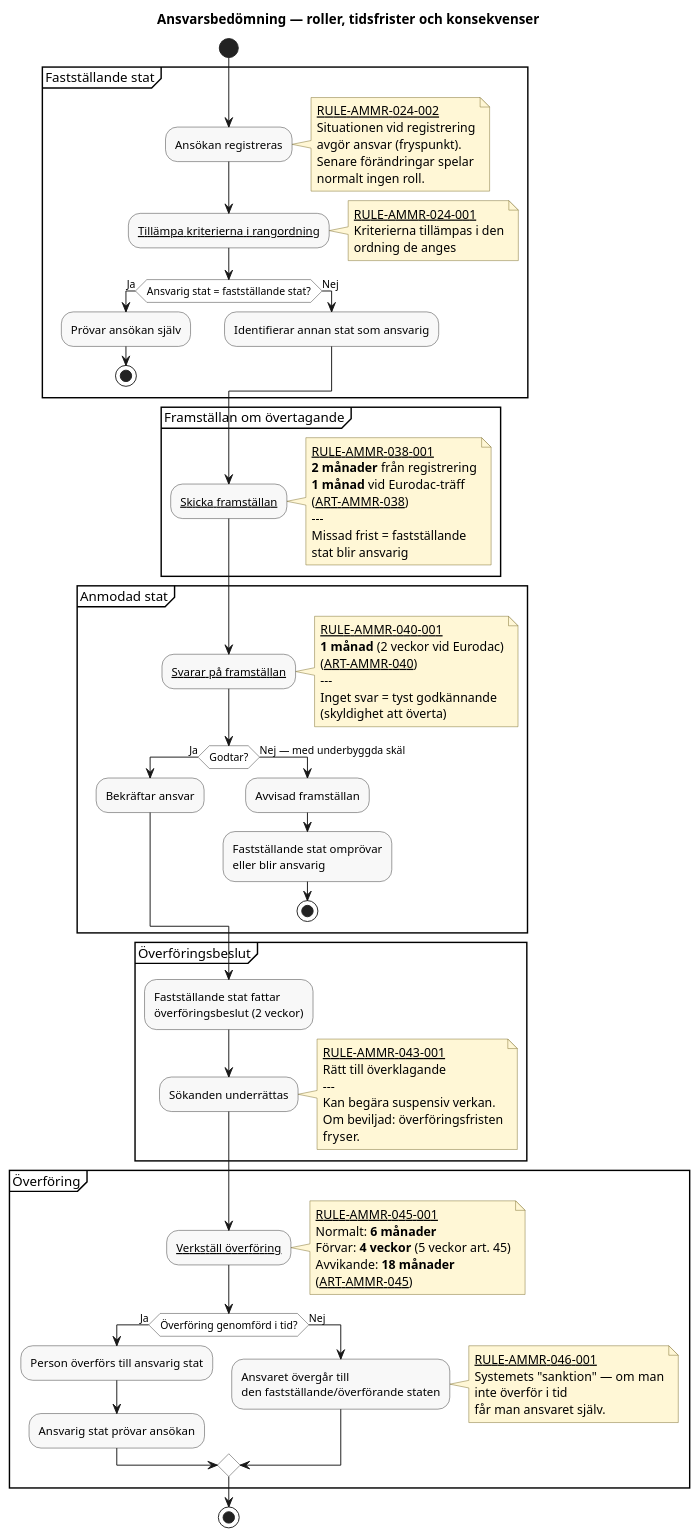
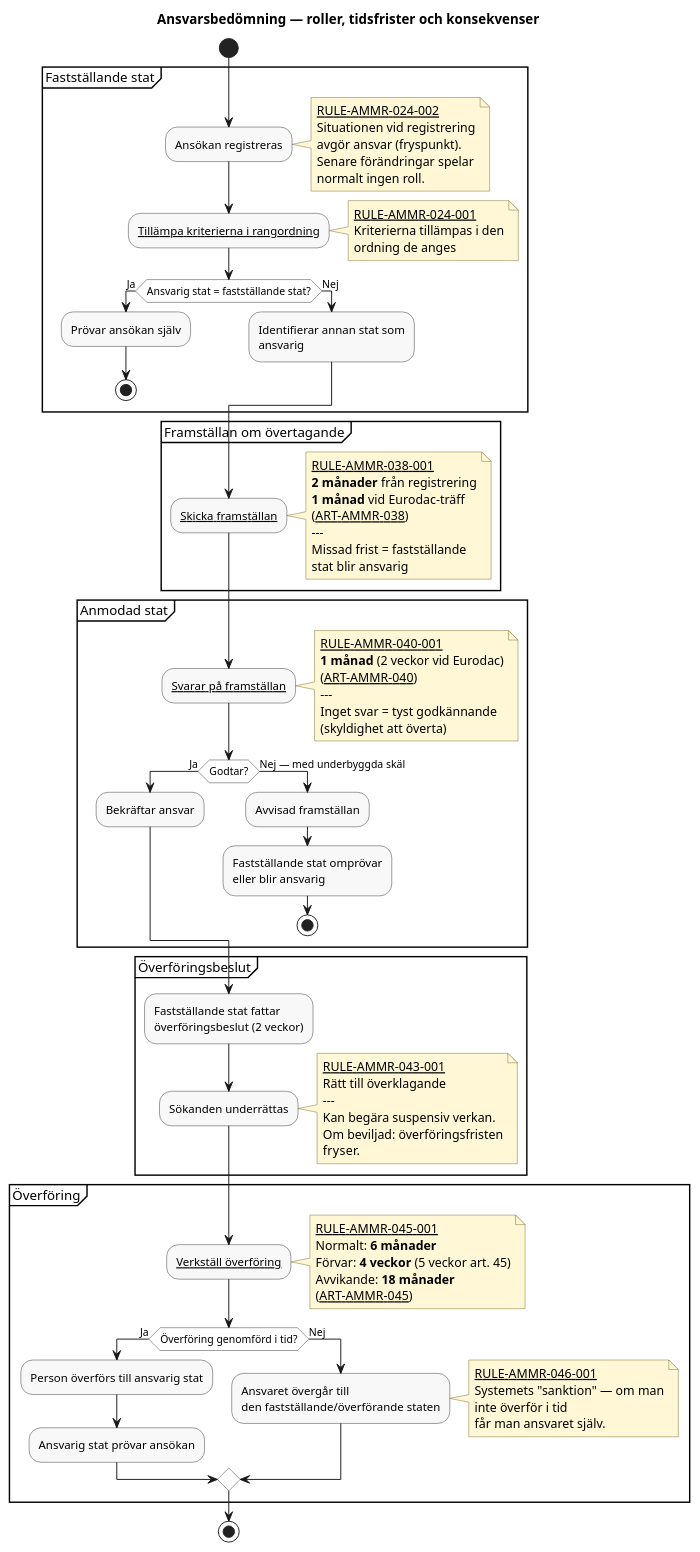
Before and after one commit to chrhe894/migration_pact: the diagram in docs/domains/responsibility/diagrams/responsibility-overview.pu, drawn with PlantUML. The commit also changed 14 other files, not shown here.

Commit message:
Less wide diagrams

```diff
--- a/docs/domains/responsibility/diagrams/responsibility-overview.pu
+++ b/docs/domains/responsibility/diagrams/responsibility-overview.pu
@@ -18,123 +18,123 @@
 @startuml responsibility-overview
 
 title Ansvarsbedömning — roller, tidsfrister och konsekvenser
 
 skinparam shadowing false
 skinparam HyperlinkColor Black
 skinparam HyperlinkUnderline true
 skinparam defaultFontName Arial
 skinparam activity {
   BackgroundColor #F8F8F8
   BorderColor #333333
   DiamondBackgroundColor #FFFFFF
   DiamondBorderColor #333333
 }
 skinparam note {
   BackgroundColor #FFF7D6
   BorderColor #7A6A2A
 }
 
 start
 
 partition "Fastställande stat" {
   :Ansökan registreras;
   note right
     [[../rules/rule-ammr-024-002.md RULE-AMMR-024-002]]
     Situationen vid registrering
     avgör ansvar (fryspunkt).
     Senare förändringar spelar
     normalt ingen roll.
   end note
 
   :[[../rules/rule-ammr-024-001.md Tillämpa kriterierna i rangordning]];
   note right
     [[../rules/rule-ammr-024-001.md RULE-AMMR-024-001]]
     Kriterierna tillämpas i den
     ordning de anges
   end note
 
   if (Ansvarig stat = fastställande stat?) then (Ja)
     :Prövar ansökan själv;
     stop
   else (Nej)
-    :Identifierar annan stat som ansvarig;
+    :Identifierar annan stat som\nansvarig;
   endif
 }
 
 partition "Framställan om övertagande" {
   :[[../rules/rule-ammr-038-001.md Skicka framställan]];
   note right
     [[../rules/rule-ammr-038-001.md RULE-AMMR-038-001]]
     **2 månader** från registrering
     **1 månad** vid Eurodac-träff
     ([[../articles/ammr-038.md ART-AMMR-038]])
     ---
     Missad frist = fastställande
     stat blir ansvarig
   end note
 }
 
 partition "Anmodad stat" {
   :[[../rules/rule-ammr-040-001.md Svarar på framställan]];
   note right
     [[../rules/rule-ammr-040-001.md RULE-AMMR-040-001]]
     **1 månad** (2 veckor vid Eurodac)
     ([[../articles/ammr-040.md ART-AMMR-040]])
     ---
     Inget svar = tyst godkännande
     (skyldighet att överta)
   end note
 
   if (Godtar?) then (Ja)
     :Bekräftar ansvar;
   else (Nej — med underbyggda skäl)
     :Avvisad framställan;
     :Fastställande stat omprövar
     eller blir ansvarig;
     stop
   endif
 }
 
 partition "Överföringsbeslut" {
   :Fastställande stat fattar
   överföringsbeslut (2 veckor);
 
   :Sökanden underrättas;
   note right
     [[../rules/rule-ammr-043-001.md RULE-AMMR-043-001]]
     Rätt till överklagande
     ---
     Kan begära suspensiv verkan.
     Om beviljad: överföringsfristen
     fryser.
   end note
 }
 
 partition "Överföring" {
   :[[../rules/rule-ammr-045-001.md Verkställ överföring]];
   note right
     [[../rules/rule-ammr-045-001.md RULE-AMMR-045-001]]
     Normalt: **6 månader**
     Förvar: **4 veckor** (5 veckor art. 45)
     Avvikande: **18 månader**
     ([[../articles/ammr-045.md ART-AMMR-045]])
   end note
 
   if (Överföring genomförd i tid?) then (Ja)
     :Person överförs till ansvarig stat;
     :Ansvarig stat prövar ansökan;
   else (Nej)
     :Ansvaret övergår till
     den fastställande/överförande staten;
     note right
       [[../rules/rule-ammr-046-001.md RULE-AMMR-046-001]]
       Systemets "sanktion" — om man
       inte överför i tid
       får man ansvaret själv.
     end note
   endif
 }
 
 stop
 
 @enduml
```
